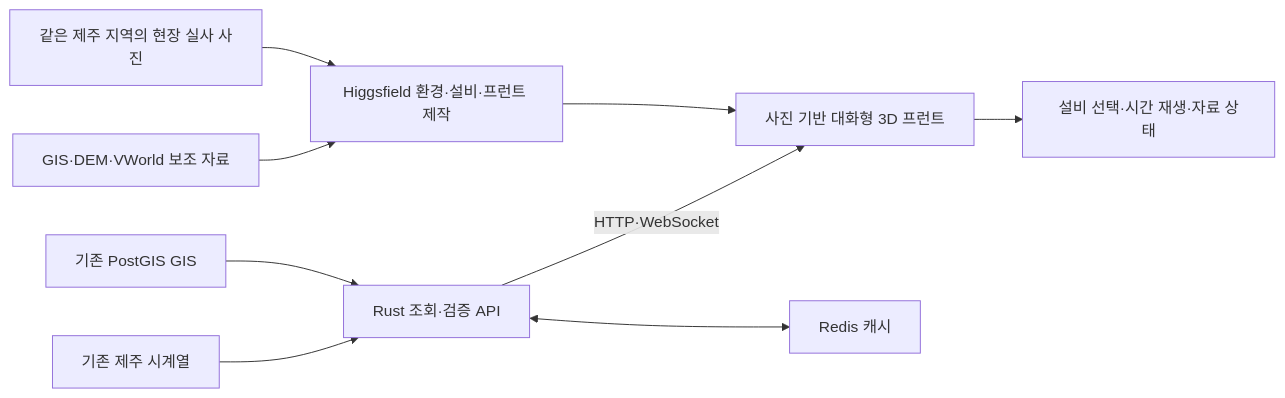
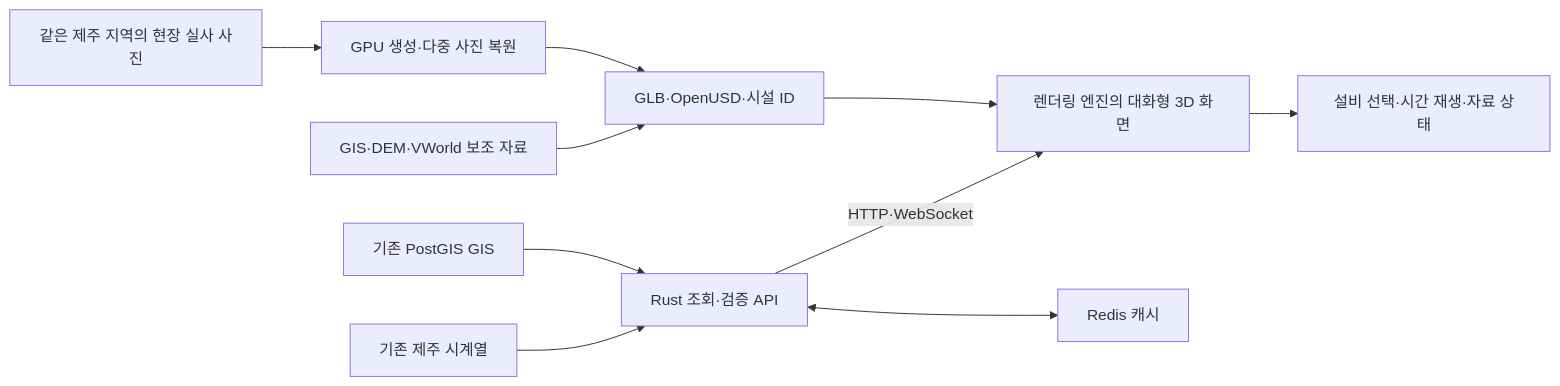
The first of 2 diagrams in jeju_power_grid_digital_twin_design.md (zongseung/Energy-Digital-Twin), drawn with Mermaid before and after one commit. The commit also changed other lines of this file and 4 other files, not shown here.

````diff
--- a/jeju_power_grid_digital_twin_design.md
+++ b/jeju_power_grid_digital_twin_design.md
@@ -120,11 +120,12 @@
 ```mermaid
 flowchart LR
-    IMG[같은 제주 지역의 현장 실사 사진] --> HF[Higgsfield 환경·설비·프런트 제작]
-    HF --> VIEW[사진 기반 대화형 3D 프런트]
+    IMG[같은 제주 지역의 현장 실사 사진] --> GEN[GPU 생성·다중 사진 복원]
+    GEN --> FILE[GLB·OpenUSD·시설 ID]
+    FILE --> VIEW[렌더링 엔진의 대화형 3D 화면]
     GIS[기존 PostGIS GIS] --> API[Rust 조회·검증 API]
     TS[기존 제주 시계열] --> API
-    DEM[GIS·DEM·VWorld 보조 자료] --> HF
+    DEM[GIS·DEM·VWorld 보조 자료] --> FILE
     API <--> CACHE[Redis 캐시]
     API -->|HTTP·WebSocket| VIEW
     VIEW --> UI[설비 선택·시간 재생·자료 상태]
 ```
````
